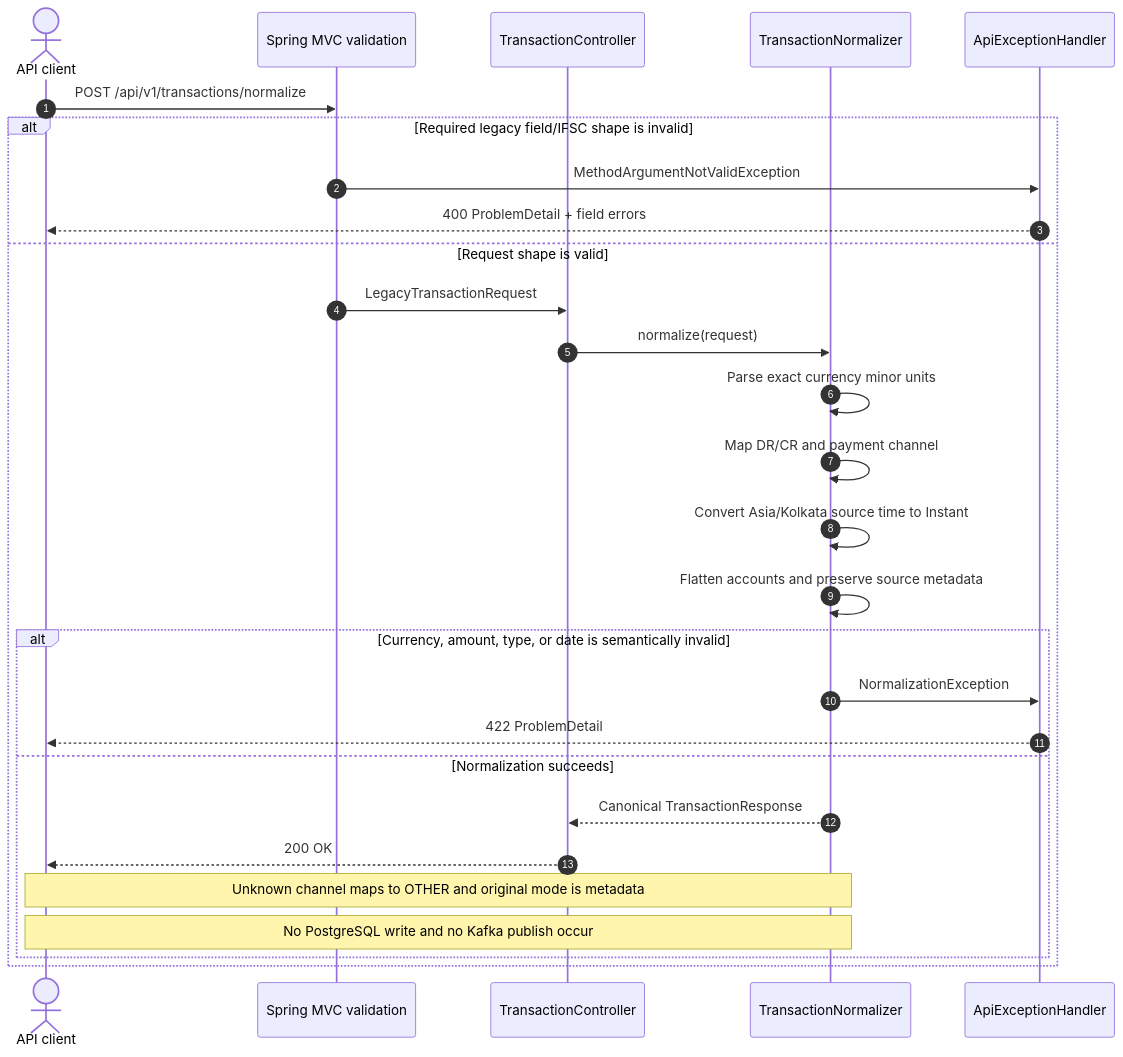
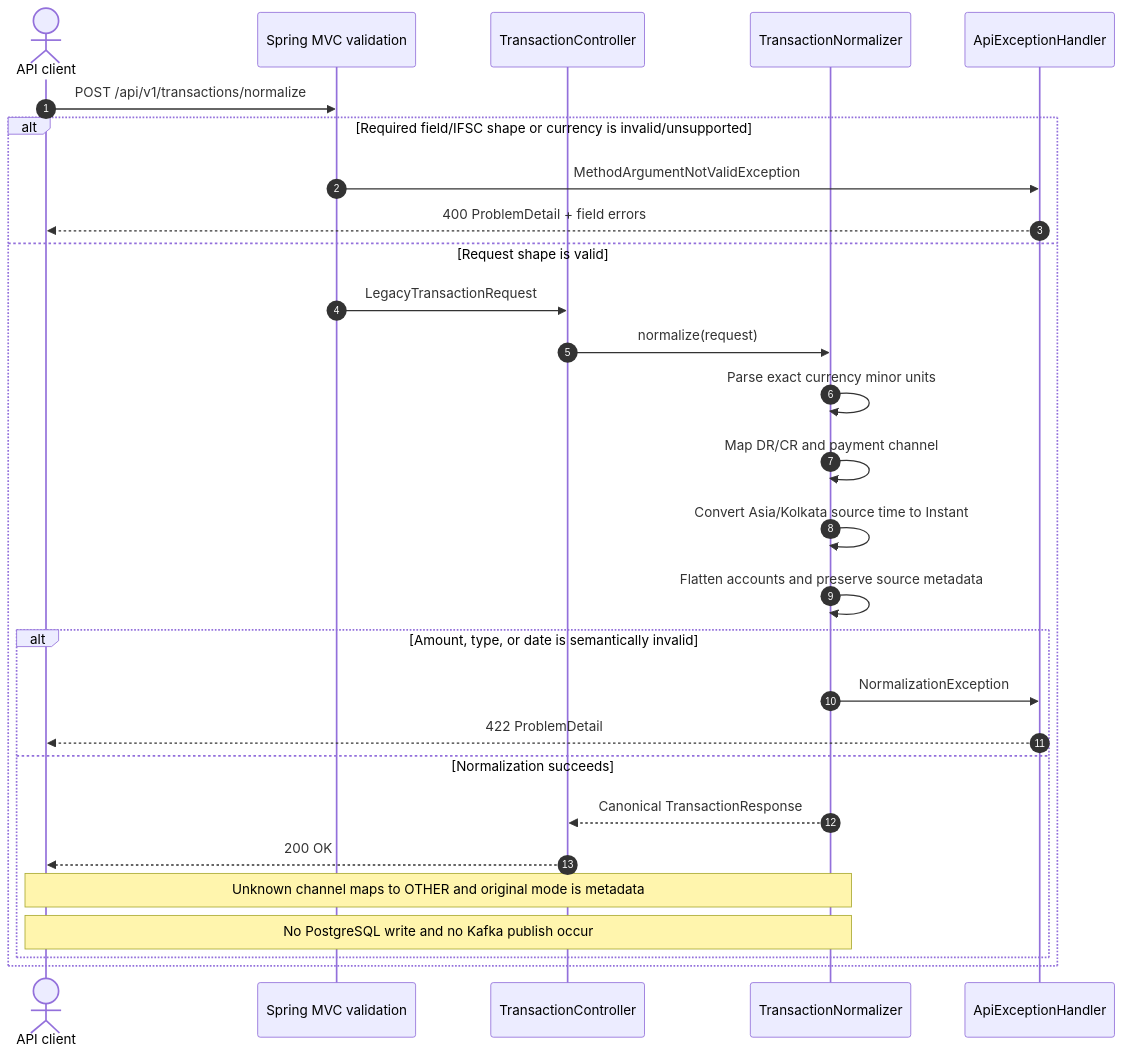
The fourth of 16 diagrams in docs/sequence-diagrams.md (tarunngusain08/transaction-outbox-service), drawn with Mermaid before and after one commit. The commit also changed other lines of this file and 62 other files, not shown here.

````diff
--- a/docs/sequence-diagrams.md
+++ b/docs/sequence-diagrams.md
@@ -116,31 +131,31 @@
 ```mermaid
 sequenceDiagram
     autonumber
     actor Client as API client
     participant MVC as Spring MVC validation
     participant Controller as TransactionController
     participant Normalizer as TransactionNormalizer
     participant Handler as ApiExceptionHandler
 
     Client->>MVC: POST /api/v1/transactions/normalize
-    alt Required legacy field/IFSC shape is invalid
+    alt Required field/IFSC shape or currency is invalid/unsupported
         MVC->>Handler: MethodArgumentNotValidException
         Handler-->>Client: 400 ProblemDetail + field errors
     else Request shape is valid
         MVC->>Controller: LegacyTransactionRequest
         Controller->>Normalizer: normalize(request)
         Normalizer->>Normalizer: Parse exact currency minor units
         Normalizer->>Normalizer: Map DR/CR and payment channel
         Normalizer->>Normalizer: Convert Asia/Kolkata source time to Instant
         Normalizer->>Normalizer: Flatten accounts and preserve source metadata
-        alt Currency, amount, type, or date is semantically invalid
+        alt Amount, type, or date is semantically invalid
             Normalizer->>Handler: NormalizationException
             Handler-->>Client: 422 ProblemDetail
         else Normalization succeeds
             Normalizer-->>Controller: Canonical TransactionResponse
             Controller-->>Client: 200 OK
             Note over Client,Normalizer: Unknown channel maps to OTHER and original mode is metadata
             Note over Client,Normalizer: No PostgreSQL write and no Kafka publish occur
         end
     end
 ```
````
